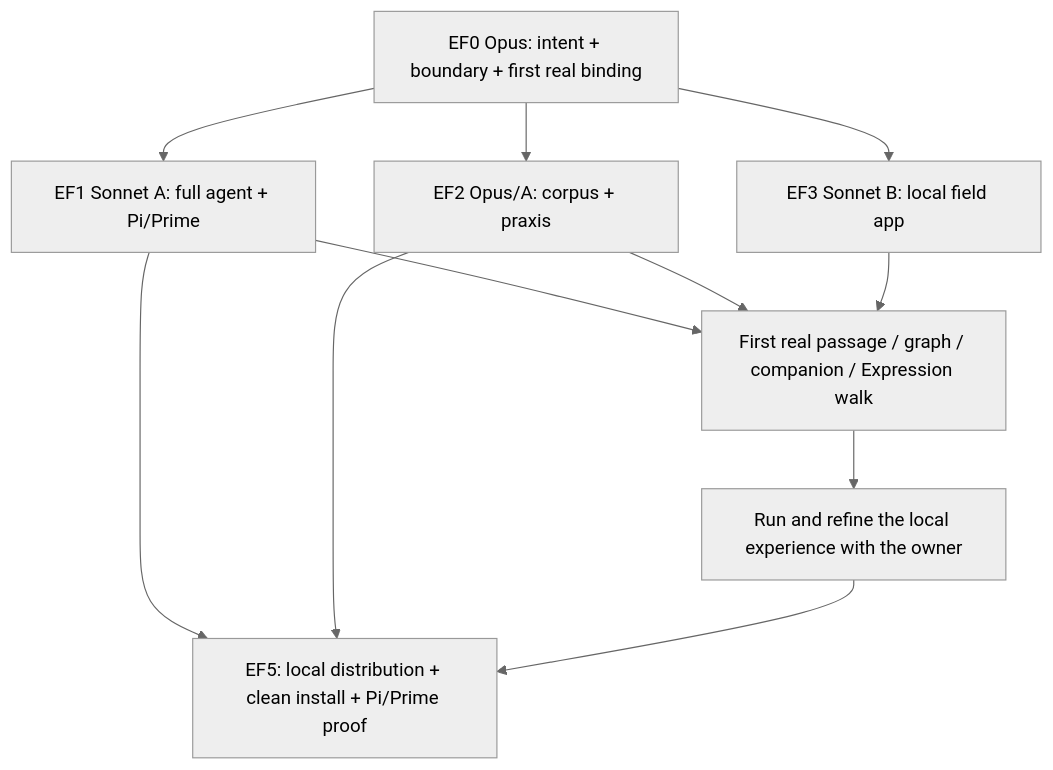
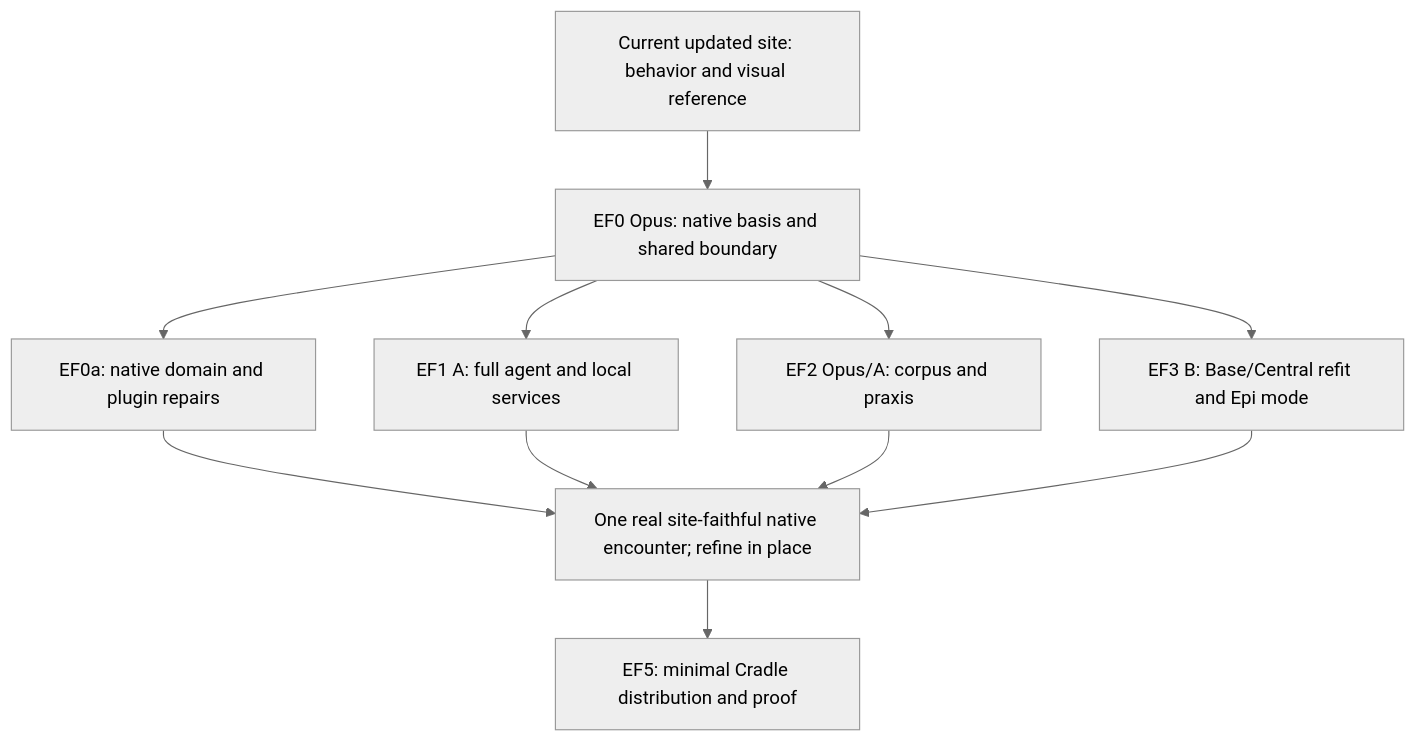
The diagram in .wayfinder/maps/epi-logos-field.md (EpiLogos/O-I), drawn with Mermaid (neutral theme) before and after one commit. The commit also changed other lines of this file, not shown here.

Commit message:
docs(wayfinder): site-led Base/Central refit, native boundaries and minimal QL install (#592 #598)

````diff
--- a/.wayfinder/maps/epi-logos-field.md
+++ b/.wayfinder/maps/epi-logos-field.md
@@ -195,20 +206,21 @@
 ```mermaid
 flowchart TD
-  EF0[EF0 Opus: intent + boundary + first real binding]
-  EF1[EF1 Sonnet A: full agent + Pi/Prime]
-  EF2[EF2 Opus/A: corpus + praxis]
-  EF3[EF3 Sonnet B: local field app]
-  JOIN[First real passage / graph / companion / Expression walk]
-  REFINE[Run and refine the local experience with the owner]
-  EF5[EF5: local distribution + clean install + Pi/Prime proof]
+  SITE[Current updated site: behavior and visual reference]
+  EF0[EF0 Opus: native basis and shared boundary]
+  EF0A[EF0a: native domain and plugin repairs]
+  EF1[EF1 A: full agent and local services]
+  EF2[EF2 Opus/A: corpus and praxis]
+  EF3[EF3 B: Base/Central refit and Epi mode]
+  USE[One real site-faithful native encounter; refine in place]
+  EF5[EF5: minimal Cradle distribution and proof]
+  SITE --> EF0
+  EF0 --> EF0A
   EF0 --> EF1
   EF0 --> EF2
   EF0 --> EF3
-  EF1 --> JOIN
-  EF2 --> JOIN
-  EF3 --> JOIN
-  JOIN --> REFINE
-  EF1 --> EF5
-  EF2 --> EF5
-  REFINE --> EF5
+  EF0A --> USE
+  EF1 --> USE
+  EF2 --> USE
+  EF3 --> USE
+  USE --> EF5
 ```
````
